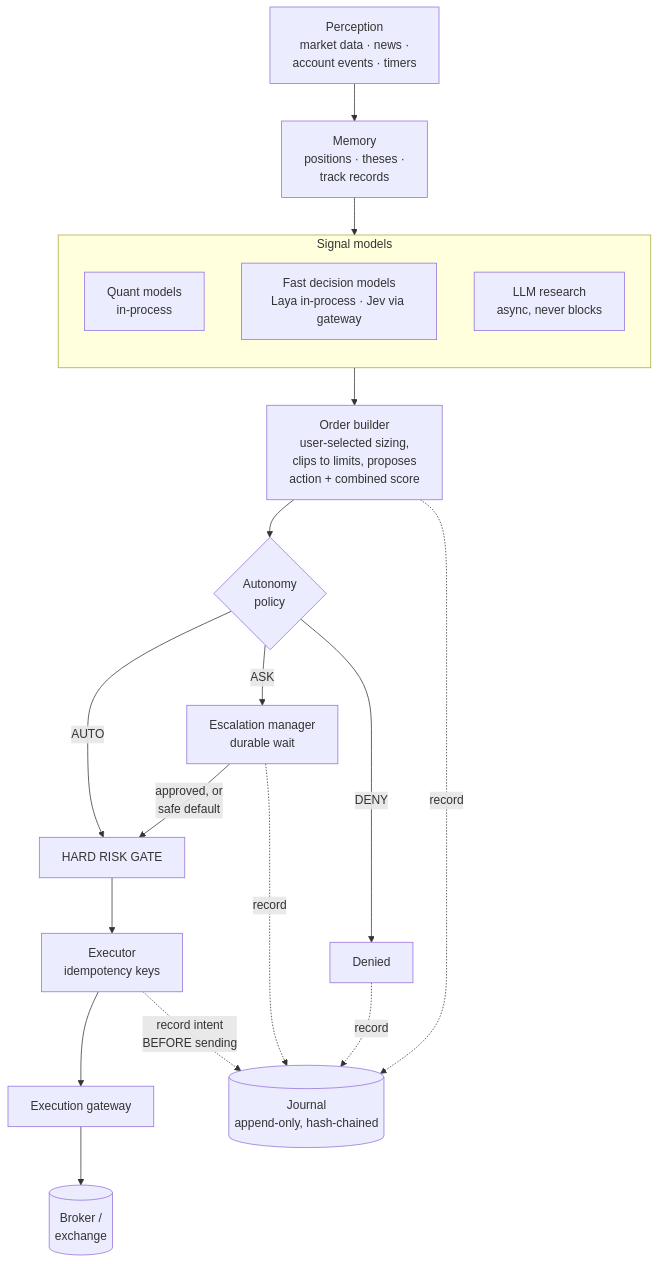
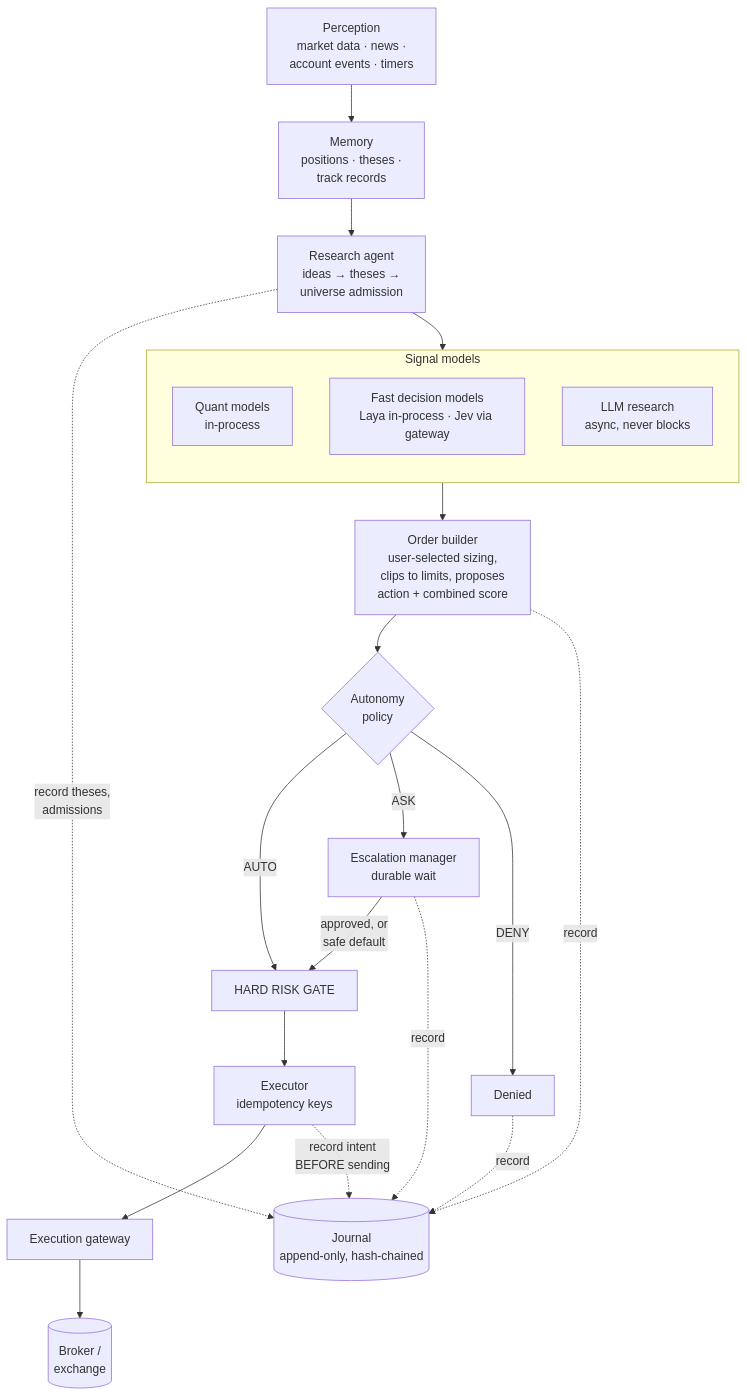
The fifth of 10 diagrams in docs/HLD.md (kunwarshivam/mandate), drawn with Mermaid before and after one commit. The commit also changed other lines of this file and 11 other files, not shown here.

````diff
--- a/docs/HLD.md
+++ b/docs/HLD.md
@@ -312,34 +315,36 @@
 ```mermaid
 flowchart TB
     per["Perception<br/>market data · news ·<br/>account events · timers"]
     mem["Memory<br/>positions · theses ·<br/>track records"]
+    res["Research agent<br/>ideas → theses →<br/>universe admission"]
 
     subgraph ADV["Signal models"]
         direction TB
         quant["Quant models<br/>in-process"]
         fast["Fast decision models<br/>Laya in-process · Jev via gateway"]
         llm["LLM research<br/>async, never blocks"]
     end
 
     dec["Order builder<br/>user-selected sizing,<br/>clips to limits, proposes<br/>action + combined score"]
     pol{"Autonomy<br/>policy"}
     esc["Escalation manager<br/>durable wait"]
     deny["Denied"]
     risk["HARD RISK GATE"]
     exe["Executor<br/>idempotency keys"]
     xgw["Execution gateway"]
     broker[("Broker /<br/>exchange")]
     journal[("Journal<br/>append-only, hash-chained")]
 
-    per --> mem --> ADV --> dec --> pol
+    per --> mem --> res --> ADV --> dec --> pol
+    res -.->|record theses,<br/>admissions| journal
     pol -->|AUTO| risk
     pol -->|ASK| esc
     pol -->|DENY| deny
     esc -->|"approved, or<br/>safe default"| risk
     risk --> exe --> xgw --> broker
 
     dec -.->|record| journal
     esc -.->|record| journal
     deny -.->|record| journal
     exe -.->|"record intent<br/>BEFORE sending"| journal
 ```
````
